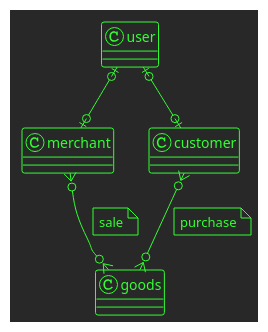
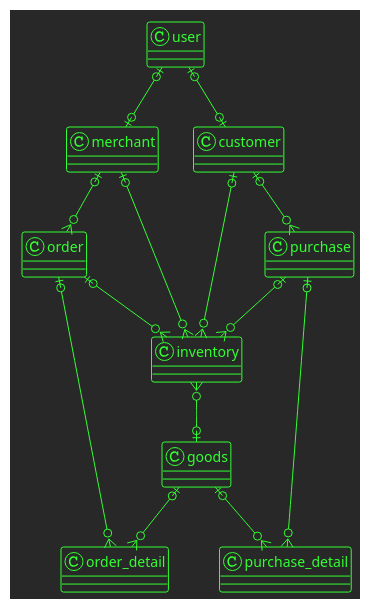
Before and after one commit to kaattuu/abucom_erd: the diagram in abucom_erd.puml, drawn with PlantUML. The commit also changed 5 other files, not shown here.

```diff
--- a/abucom_erd.puml
+++ b/abucom_erd.puml
@@ -1,18 +1,19 @@
 @startuml
 !theme crt-green
 ' !theme crt-amber
 
-user |o--o| merchant
-user |o--o| customer
-
-merchant }o--o{ goods
-note on link
-    sale
-end note
-
-customer }o--o{ goods
-note on link
-    purchase
-end note
+user      |o--o| merchant
+user      |o--o| customer
+merchant  |o--o{ order
+merchant  |o--o{ inventory
+order     |o--o{ order_detail
+order     |o--o{ inventory
+goods     |o--o{ order_detail
+customer  |o--o{ purchase
+customer  |o--o{ inventory
+purchase  |o--o{ purchase_detail
+purchase  |o--o{ inventory
+goods     |o--o{ purchase_detail
+inventory }o--o| goods
 
 @enduml
```
